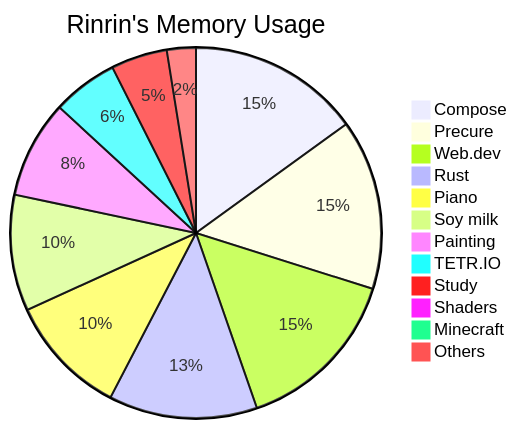
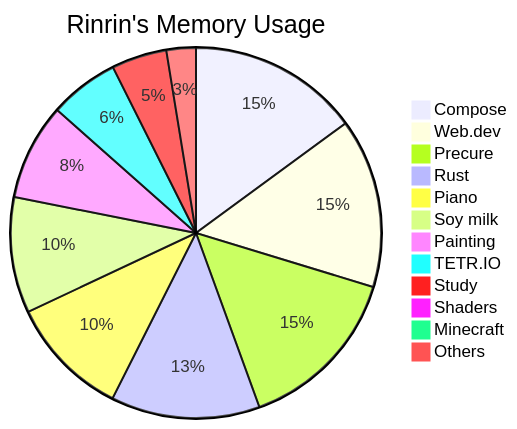
One commit to Rinrin0413/Rinrin0413 changed the diagram in README.md. Above: the diagram before and after it, drawn with Mermaid.

Commit message:
🛠 Update: Rinrin's Memory Usage

````diff
--- a/README.md
+++ b/README.md
@@ -77,15 +77,15 @@
 ```mermaid
 pie title Rinrin's Memory Usage
-    "Compose": 612
-    "Precure": 605
-    "Web.dev": 603
-    "Rust": 528
-    "Piano": 430
+    "Compose": 610
+    "Web.dev": 604
+    "Precure": 602
+    "Rust": 531
+    "Piano": 432
     "Soy milk": 413
-    "Painting": 347
-    "TETR.IO": 233
-    "Study": 200
+    "Painting": 344
+    "TETR.IO": 248
+    "Study": 197
     "Shaders": 30
     "Minecraft": 30
-    "Others": 103
+    "Others": 105
 ```
````
